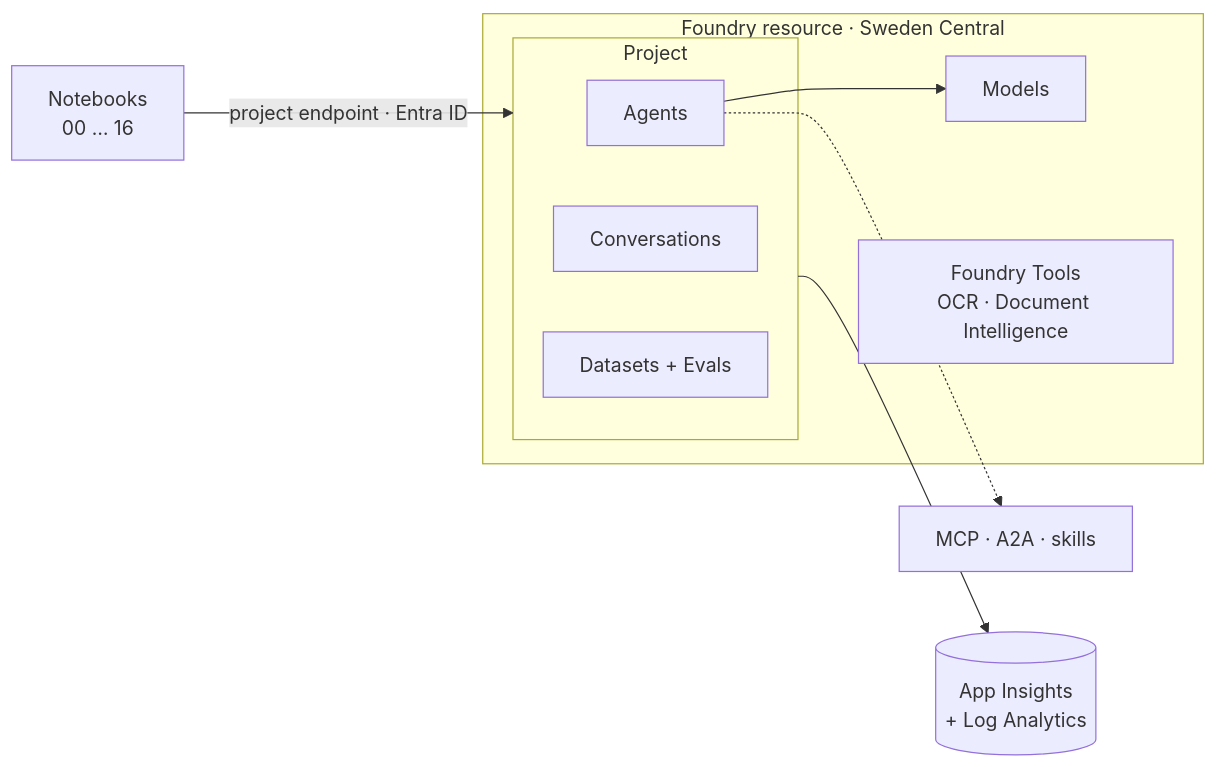
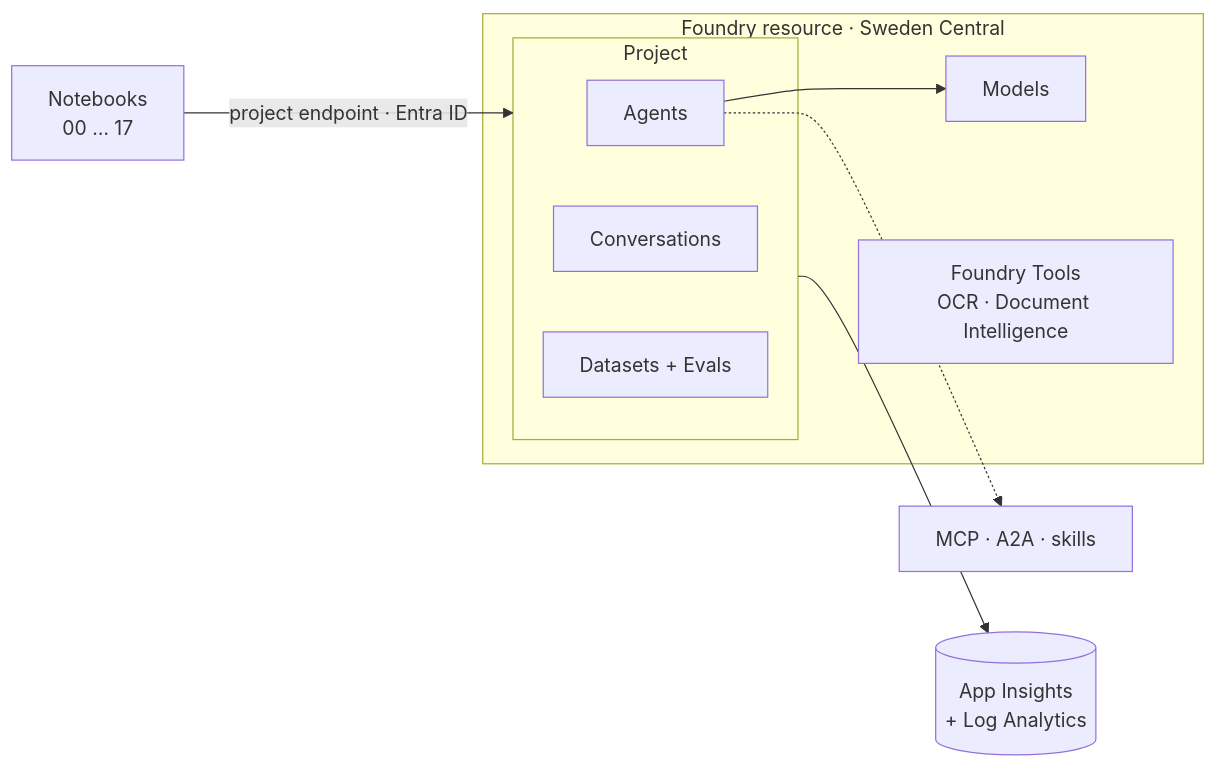
The diagram in README.md (nampacx/MS-Foundry-from-0-to-hero), drawn with Mermaid before and after one commit. The commit also changed other lines of this file and 15 other files, not shown here.

````diff
--- a/README.md
+++ b/README.md
@@ -58,16 +60,16 @@
 ```mermaid
 flowchart LR
-  NB[Notebooks<br/>00 … 16] -->|project endpoint · Entra ID| P
+  NB[Notebooks<br/>00 … 17] -->|project endpoint · Entra ID| P
   subgraph F[Foundry resource · Sweden Central]
     M[Models]
     T[Foundry Tools<br/>OCR · Document Intelligence]
     subgraph P[Project]
       A[Agents]
       C[Conversations]
       E[Datasets + Evals]
     end
   end
   A --> M
   A -.-> X[MCP · A2A · skills]
   P --> AI[(App Insights<br/>+ Log Analytics)]
 ```
````
